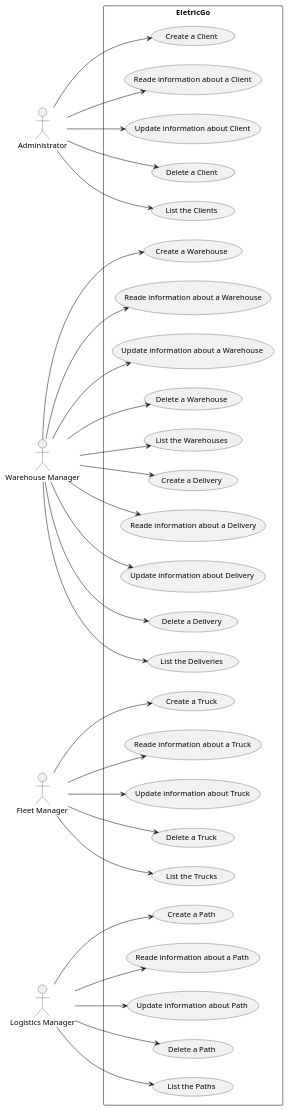
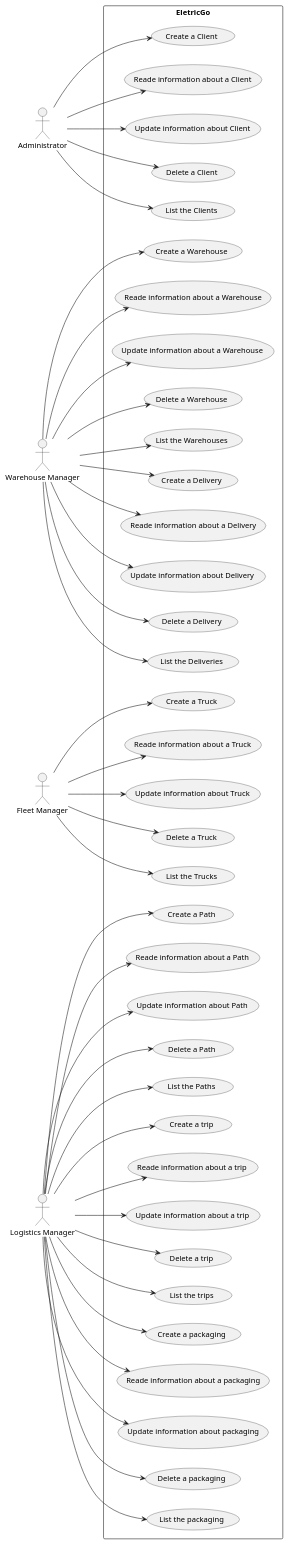
One commit to 0franciscor/dei_3dj_057 changed the diagram in Documents/Deployment Diagrams/Level 1 - System Context/Scenario View/Level 1 - Scenario View.puml. Above: the diagram before and after it, drawn with PlantUML. The commit also changed 1 other file, not shown here.

Commit message:
#12 - Alteração no diagrama de cenários, adicionando os casos de uso de empacotamento e viagens

```diff
--- a/Documents/Deployment Diagrams/Level 1 - System Context/Scenario View/Level 1 - Scenario View.puml
+++ b/Documents/Deployment Diagrams/Level 1 - System Context/Scenario View/Level 1 - Scenario View.puml
@@ -1,75 +1,100 @@
 @startuml
 
 left to right direction
 actor "Administrator" as ADM
 actor "Warehouse Manager" as MNG
 actor "Fleet Manager" as FMNG
 actor "Logistics Manager" as LMNG
+
 rectangle EletricGo {
 
     usecase "Create a Warehouse" as UC1
     usecase "Reade information about a Warehouse" as UC2
     usecase "Update information about a Warehouse " as UC3
     usecase "Delete a Warehouse" as UC4
     usecase "List the Warehouses" as UC5
 
     usecase "Create a Delivery" as UC6
     usecase "Reade information about a Delivery" as UC7
     usecase "Update information about Delivery " as UC8
     usecase "Delete a Delivery" as UC9
     usecase "List the Deliveries" as UC10
 
     usecase "Create a Truck" as UC11
     usecase "Reade information about a Truck" as UC12
     usecase "Update information about Truck" as UC13
     usecase "Delete a Truck" as UC14
     usecase "List the Trucks" as UC15
 
     usecase "Create a Path" as UC16
     usecase "Reade information about a Path" as UC17
     usecase "Update information about Path" as UC18
     usecase "Delete a Path" as UC19
     usecase "List the Paths" as UC20
 
     usecase "Create a Client" as UC21
     usecase "Reade information about a Client" as UC22
     usecase "Update information about Client" as UC23
     usecase "Delete a Client" as UC24
     usecase "List the Clients" as UC25
+    
+    usecase "Create a packaging" as UC26
+    usecase "Reade information about a packaging" as UC27
+    usecase "Update information about packaging" as UC28
+    usecase "Delete a packaging" as UC29
+    usecase "List the packaging" as UC30
+    
+    usecase "Create a trip" as UC31
+    usecase "Reade information about a trip" as UC32
+    usecase "Update information about a trip" as UC33
+    usecase "Delete a trip" as UC34
+    usecase "List the trips" as UC35
 
 
 }
 
 
 MNG --> UC1
 MNG --> UC2
 MNG --> UC3
 MNG --> UC4
 MNG --> UC5
 
 MNG --> UC6
 MNG --> UC7
 MNG --> UC8
 MNG --> UC9
 MNG --> UC10
 
 FMNG --> UC11
 FMNG --> UC12
 FMNG --> UC13
 FMNG --> UC14
 FMNG --> UC15
 
 LMNG --> UC16
 LMNG --> UC17
 LMNG --> UC18
 LMNG --> UC19
 LMNG --> UC20
 
+LMNG --> UC26
+LMNG --> UC27
+LMNG --> UC28
+LMNG --> UC29
+LMNG --> UC30
+
+LMNG --> UC31
+LMNG --> UC32
+LMNG --> UC33
+LMNG --> UC34
+LMNG --> UC35
+
 ADM --> UC21
 ADM --> UC22
 ADM --> UC23
 ADM --> UC24
 ADM --> UC25
 
 
 @enduml
```
